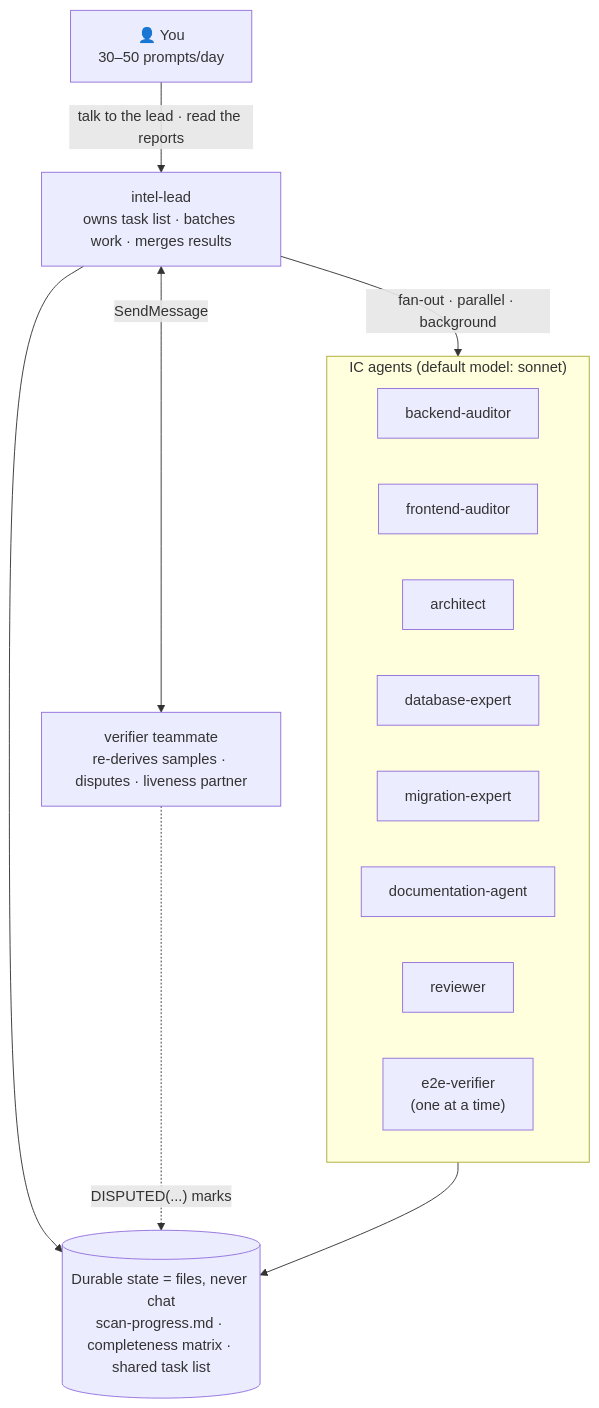
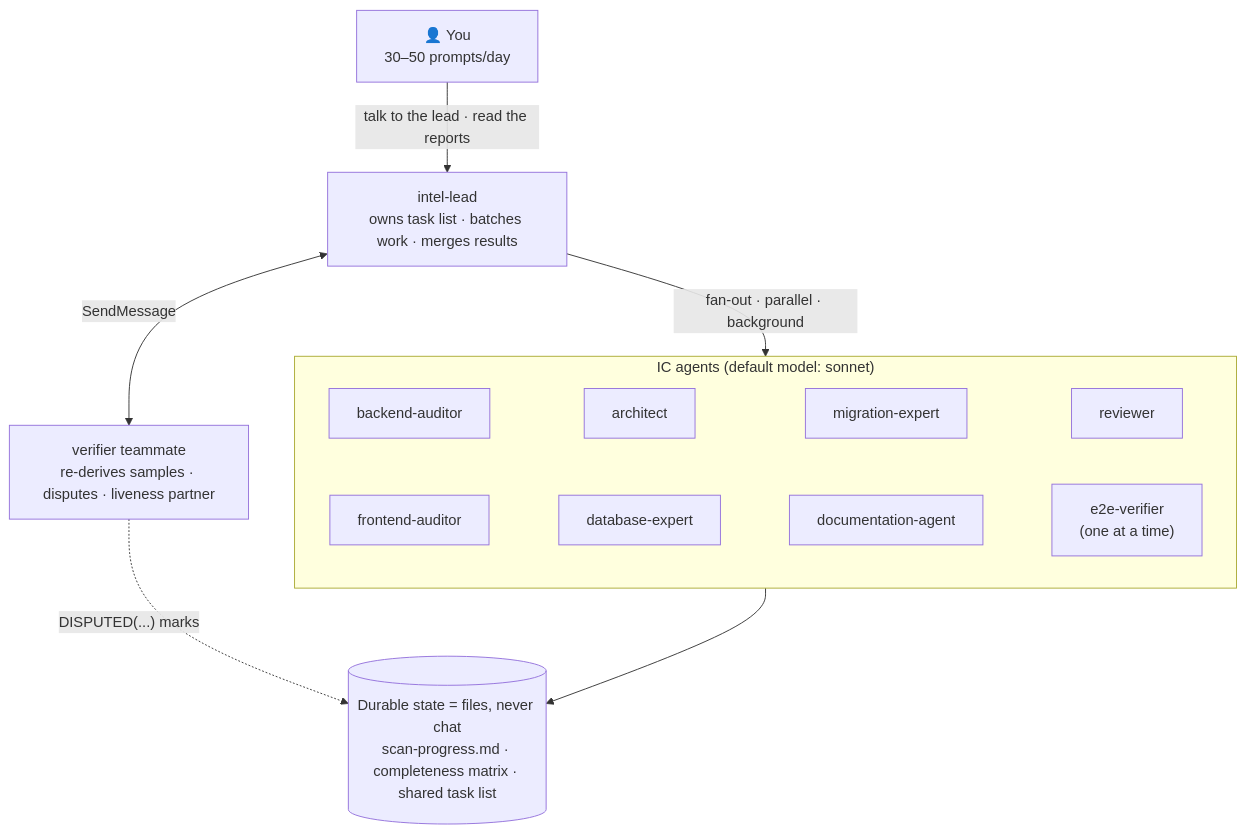
One commit to mjalbanna/multi-agent-app-builder changed the diagram in README.md. Above: the diagram before and after it, drawn with Mermaid.

Commit message:
docs: compact architecture diagram — invisible links force a 4x2 agent grid (subgraph 'direction' is ignored when external edges touch it, which stacked all 8 agents into one tall column)

````diff
--- a/README.md
+++ b/README.md
@@ -47,27 +47,19 @@
 ```mermaid
 flowchart TD
     U["👤 You<br/>30–50 prompts/day"] -->|"talk to the lead · read the reports"| L
     L["intel-lead<br/>owns task list · batches work · merges results"]
     V["verifier teammate<br/>re-derives samples · disputes · liveness partner"]
     L <-->|SendMessage| V
 
     L -->|"fan-out · parallel · background"| ICS
 
     subgraph ICS["IC agents (default model: sonnet)"]
-        direction LR
-        BA[backend-auditor]
-        FA[frontend-auditor]
-        AR[architect]
-        DE[database-expert]
-        ME[migration-expert]
-        DOC[documentation-agent]
-        RV[reviewer]
-        E2E["e2e-verifier<br/>(one at a time)"]
+        BA[backend-auditor] ~~~ AR[architect] ~~~ ME[migration-expert] ~~~ RV[reviewer]
+        FA[frontend-auditor] ~~~ DE[database-expert] ~~~ DOC[documentation-agent] ~~~ E2E["e2e-verifier<br/>(one at a time)"]
     end
 
     ICS --> FILES
-    L --> FILES
     V -.->|"DISPUTED(...) marks"| FILES
 
     FILES[("Durable state = files, never chat<br/>scan-progress.md · completeness matrix · shared task list")]
 ```
````
